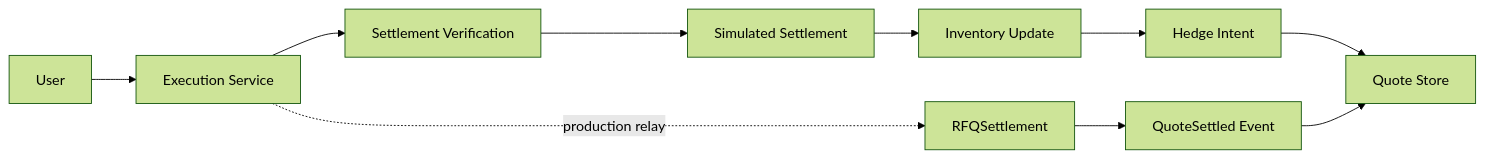
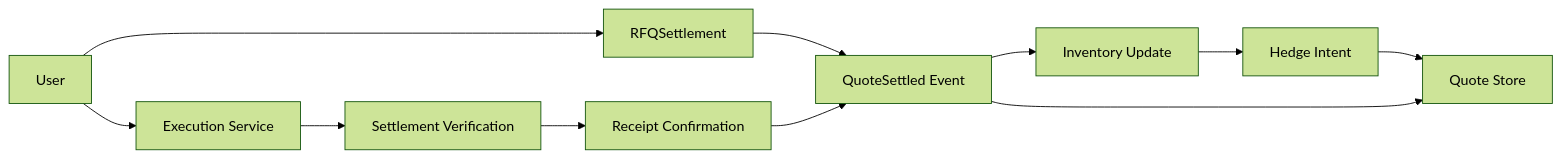
The first of 3 diagrams in book/Volume5-BackendEngineering/Chapter06-Execution-Service.md (alvis-ai/production-grade-web3-rfq-market-maker), drawn with Mermaid (forest theme) before and after one commit. The commit also changed other lines of this file and 34 other files, not shown here.

Commit message:
Add receipt-confirmed settlement execution

````diff
--- a/book/Volume5-BackendEngineering/Chapter06-Execution-Service.md
+++ b/book/Volume5-BackendEngineering/Chapter06-Execution-Service.md
@@ -50,22 +49,23 @@
 ```mermaid
 flowchart LR
   User[User]
   Submit[Execution Service]
   Verify[Settlement Verification]
-  Settlement[Simulated Settlement]
+  Receipt[Receipt Confirmation]
   Inventory[Inventory Update]
   Hedge[Hedge Intent]
   Chain[RFQSettlement]
   Event[QuoteSettled Event]
   Store[Quote Store]
 
+  User --> Chain
+  Chain --> Event
   User --> Submit
   Submit --> Verify
-  Verify --> Settlement
-  Settlement --> Inventory
+  Verify --> Receipt
+  Receipt --> Event
+  Event --> Inventory
   Inventory --> Hedge
   Hedge --> Store
-  Submit -. production relay .-> Chain
-  Chain --> Event
   Event --> Store
 ```
````
